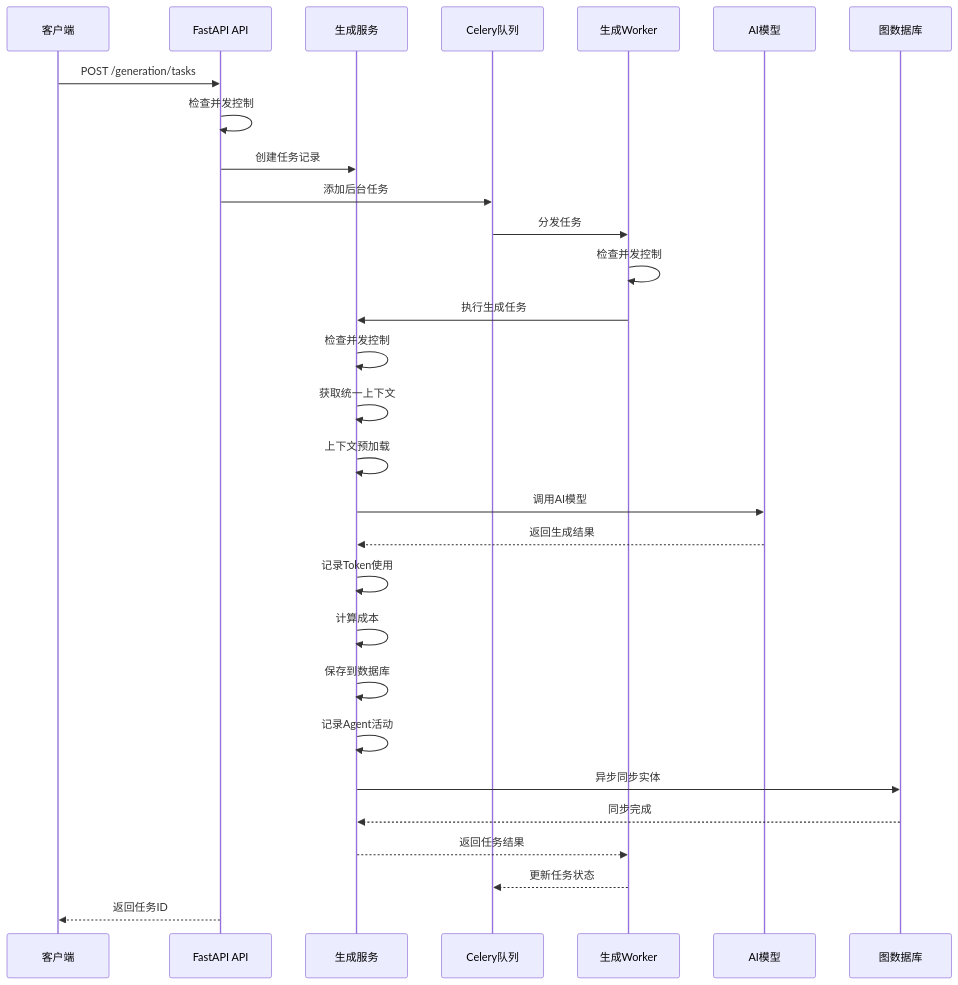
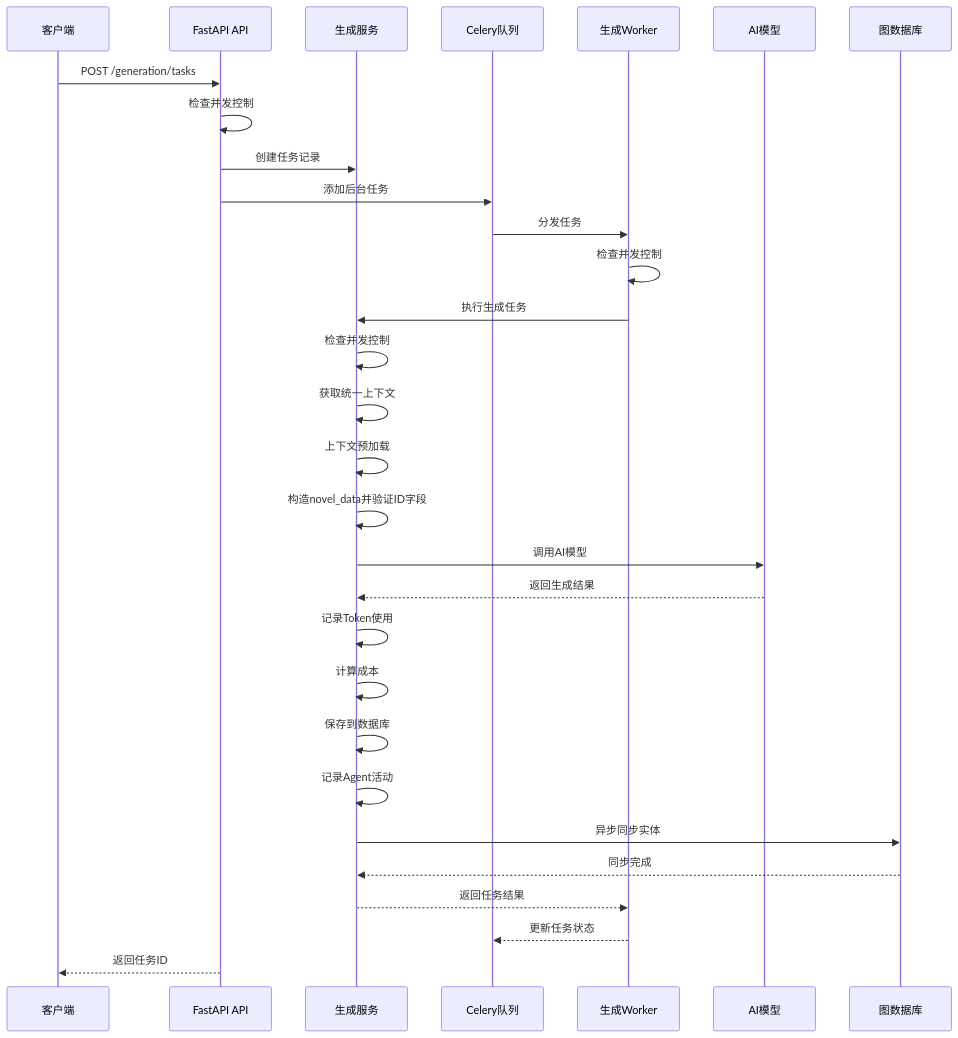
Before and after one commit to xfbyxq/ai-novel-system: the tenth of 29 diagrams in .qoder/repowiki/zh/content/Generation Service.md, drawn with Mermaid. The commit also changed other lines of this file and 8 other files, not shown here.

````diff
--- a/.qoder/repowiki/zh/content/Generation Service.md
+++ b/.qoder/repowiki/zh/content/Generation Service.md
@@ -611,31 +674,32 @@
 ```mermaid
 sequenceDiagram
 participant Client as 客户端
 participant API as FastAPI API
 participant Service as 生成服务
 participant Queue as Celery队列
 participant Worker as 生成Worker
 participant LLM as AI模型
 participant GraphDB as 图数据库
 Client->>API : POST /generation/tasks
 API->>API : 检查并发控制
 API->>Service : 创建任务记录
 API->>Queue : 添加后台任务
 Queue->>Worker : 分发任务
 Worker->>Worker : 检查并发控制
 Worker->>Service : 执行生成任务
 Service->>Service : 检查并发控制
 Service->>Service : 获取统一上下文
 Service->>Service : 上下文预加载
+Service->>Service : 构造novel_data并验证ID字段
 Service->>LLM : 调用AI模型
 LLM-->>Service : 返回生成结果
 Service->>Service : 记录Token使用
 Service->>Service : 计算成本
 Service->>Service : 保存到数据库
 Service->>Service : 记录Agent活动
 Service->>GraphDB : 异步同步实体
 GraphDB-->>Service : 同步完成
 Service-->>Worker : 返回任务结果
 Worker-->>Queue : 更新任务状态
 API-->>Client : 返回任务ID
 ```
````
